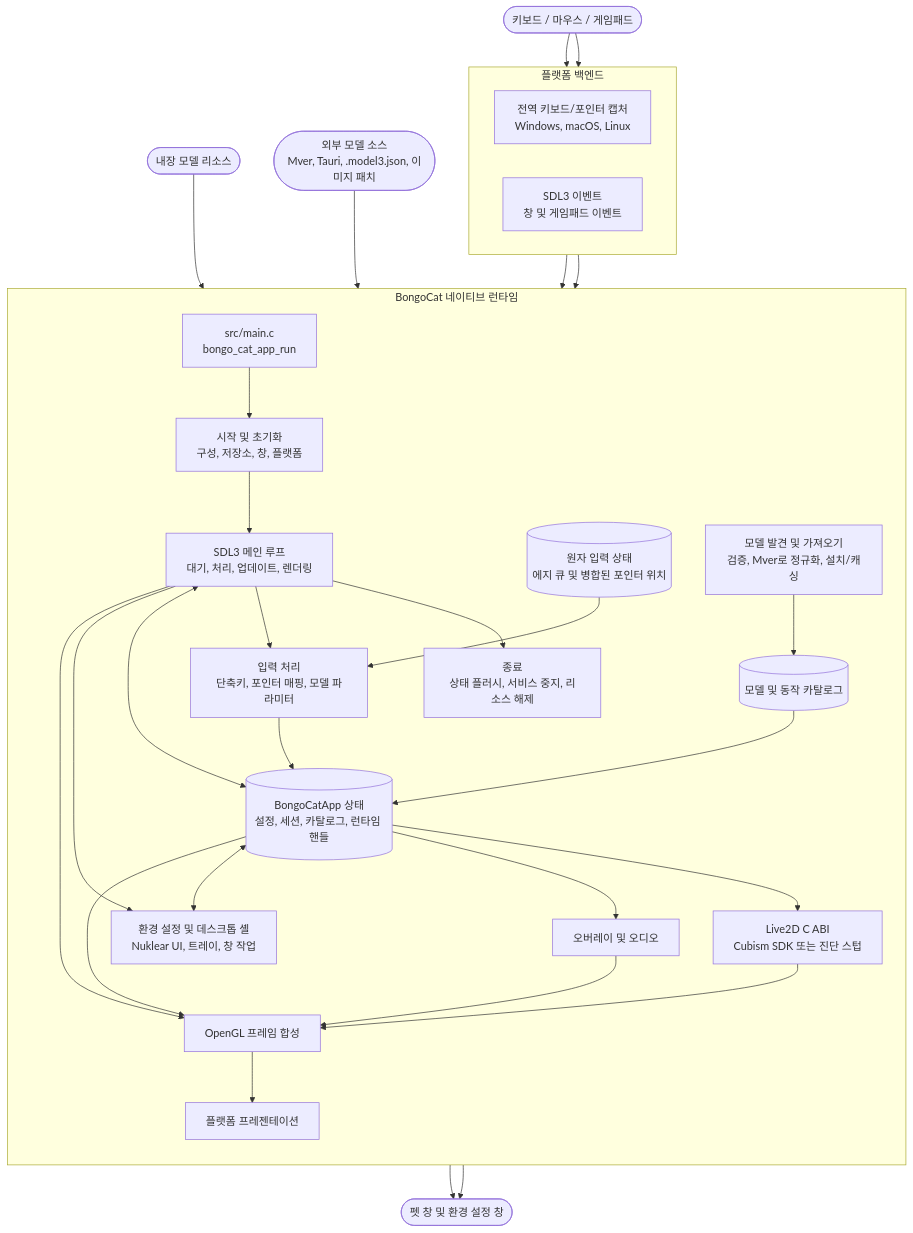
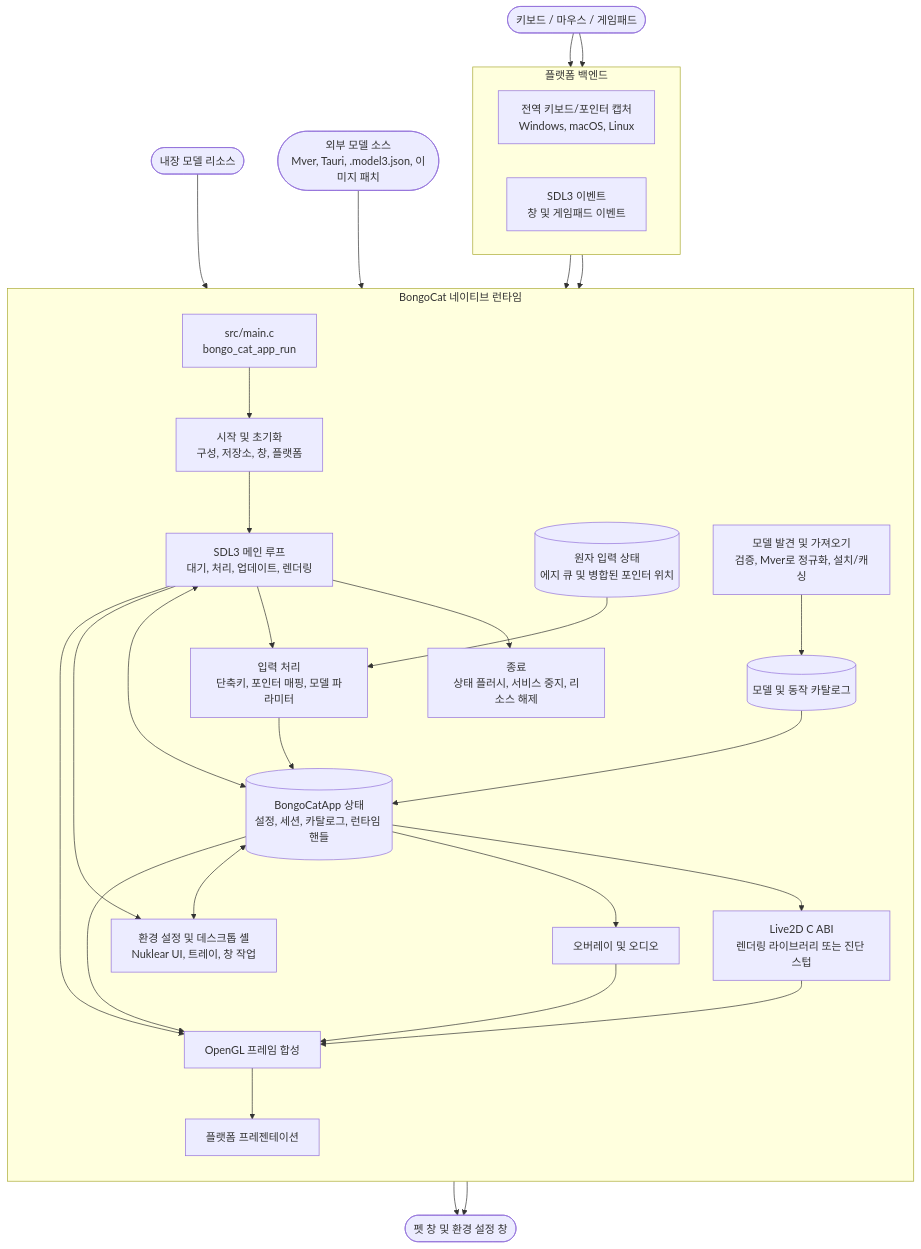
The diagram in docs/README.ko-KR.md (TianMengLucky/BongoCat-X), drawn with Mermaid before and after one commit. The commit also changed other lines of this file and 62 other files, not shown here.

Commit message:
feat. Live2D SDK but Plugin mode

````diff
--- a/docs/README.ko-KR.md
+++ b/docs/README.ko-KR.md
@@ -194,49 +198,49 @@
 ```mermaid
 flowchart TB
   Input(["키보드 / 마우스 / 게임패드"])
   BuiltIn(["내장 모델 리소스"])
   Sources(["외부 모델 소스<br/>Mver, Tauri, .model3.json, 이미지 패치"])
   Desktop(["펫 창 및 환경 설정 창"])
   subgraph Runtime["BongoCat 네이티브 런타임"]
     direction TB
     Entry["src/main.c<br/>bongo_cat_app_run"]
     Startup["시작 및 초기화<br/>구성, 저장소, 창, 플랫폼"]
     Loop["SDL3 메인 루프<br/>대기, 처리, 업데이트, 렌더링"]
     Shutdown["종료<br/>상태 플러시, 서비스 중지, 리소스 해제"]
     InputQueue[("원자 입력 상태<br/>에지 큐 및 병합된 포인터 위치")]
     InputDispatch["입력 처리<br/>단축키, 포인터 매핑, 모델 파라미터"]
     State[("BongoCatApp 상태<br/>설정, 세션, 카탈로그, 런타임 핸들")]
     Import["모델 발견 및 가져오기<br/>검증, Mver로 정규화, 설치/캐싱"]
     Catalog[("모델 및 동작 카탈로그")]
-    Live2D["Live2D C ABI<br/>Cubism SDK 또는 진단 스텁"]
+    Live2D["Live2D C ABI<br/>렌더링 라이브러리 또는 진단 스텁"]
     Overlay["오버레이 및 오디오"]
     Preferences["환경 설정 및 데스크톱 셸<br/>Nuklear UI, 트레이, 창 작업"]
     Compose["OpenGL 프레임 합성"]
     Present["플랫폼 프레젠테이션"]
     Entry --> Startup --> Loop
     Loop --> Shutdown
     Loop --> InputDispatch --> State
     Loop <--> State
     State --> Live2D
     State --> Overlay
     State <--> Preferences
     Loop --> Preferences
     Catalog --> State
     State --> Compose
     Live2D --> Compose
     Overlay --> Compose
     Compose --> Present
     Loop --> Compose
   end
   subgraph Platform["플랫폼 백엔드"]
     direction LR
     Global["전역 키보드/포인터 캡처<br/>Windows, macOS, Linux"]
     SDL["SDL3 이벤트<br/>창 및 게임패드 이벤트"]
   end
   Input --> Global --> InputQueue --> InputDispatch
   Input --> SDL --> Loop
   BuiltIn --> Catalog
   Sources --> Import --> Catalog
   Present --> Desktop
   Preferences --> Desktop
 ```
````
